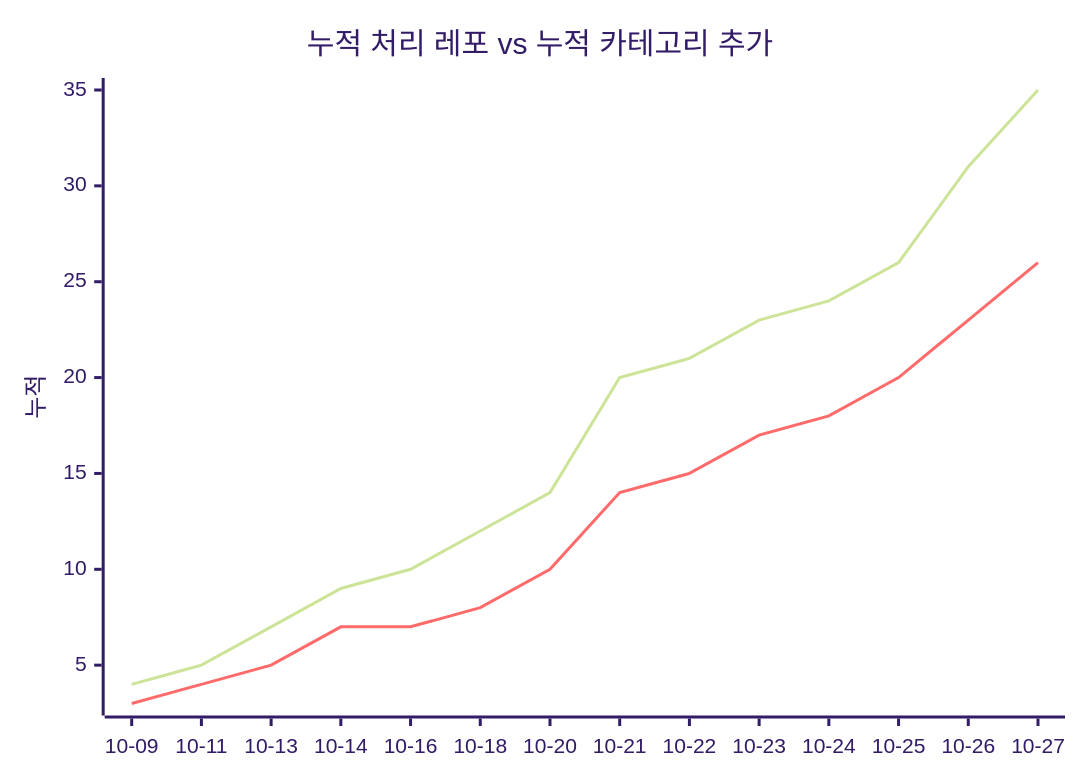
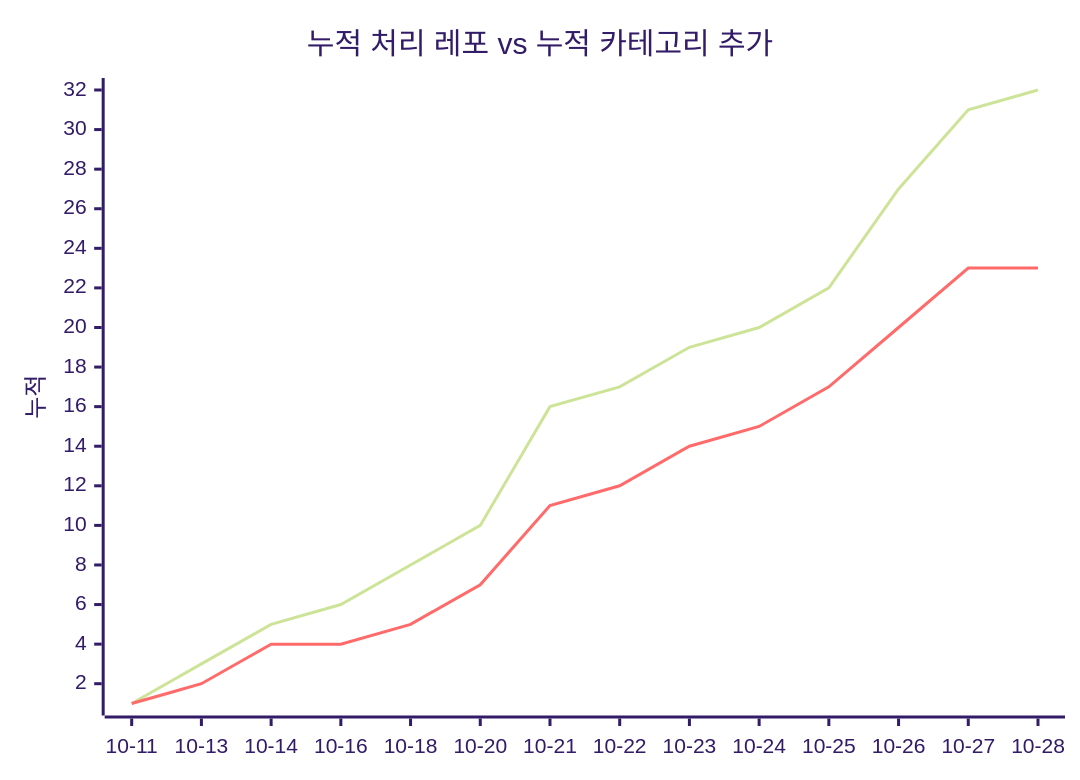
The second of 2 diagrams in docs/trends.md (J-nowcow/awesome-korean-agent-skills), drawn with Mermaid (forest theme) before and after one commit. The commit also changed other lines of this file and 2 other files, not shown here.

````diff
--- a/docs/trends.md
+++ b/docs/trends.md
@@ -68,8 +68,8 @@
 ```mermaid
 xychart-beta
     title "누적 처리 레포 vs 누적 카테고리 추가"
-    x-axis ["10-09","10-11","10-13","10-14","10-16","10-18","10-20","10-21","10-22","10-23","10-24","10-25","10-26","10-27"]
+    x-axis ["10-11","10-13","10-14","10-16","10-18","10-20","10-21","10-22","10-23","10-24","10-25","10-26","10-27","10-28"]
     y-axis "누적"
-    line [4,5,7,9,10,12,14,20,21,23,24,26,31,35]
-    line [3,4,5,7,7,8,10,14,15,17,18,20,23,26]
+    line [1,3,5,6,8,10,16,17,19,20,22,27,31,32]
+    line [1,2,4,4,5,7,11,12,14,15,17,20,23,23]
 ```
````
